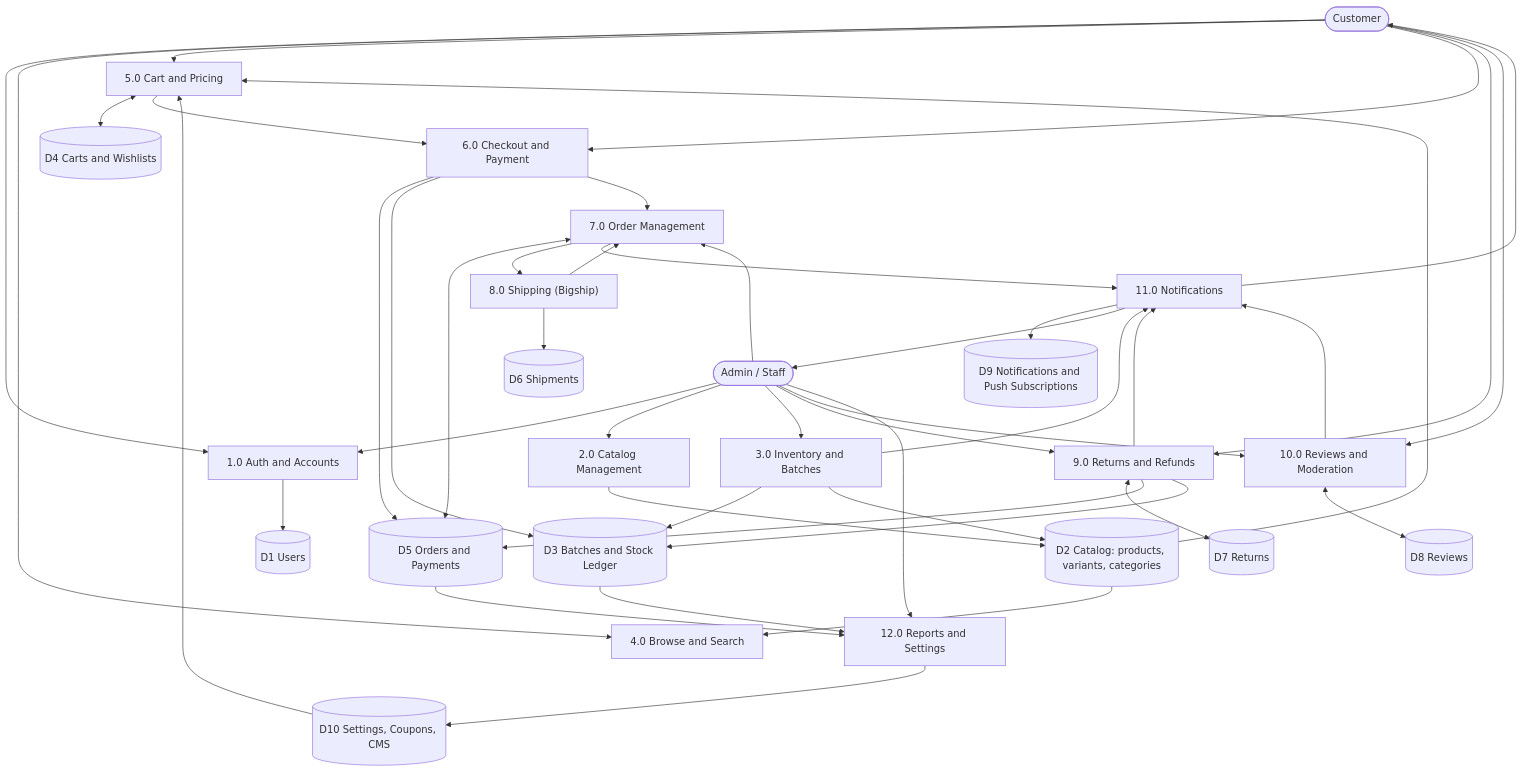
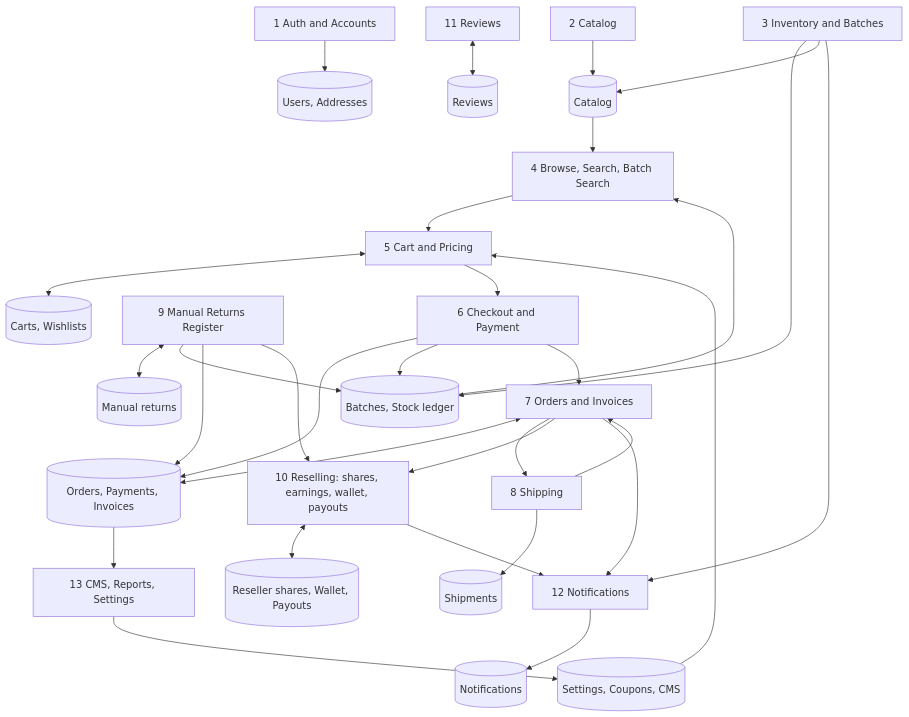
The third of 11 diagrams in docs/PLAN.md (subhrajit455/younora), drawn with Mermaid before and after one commit. The commit also changed other lines of this file and 17 other files, not shown here.

````diff
--- a/docs/PLAN.md
+++ b/docs/PLAN.md
@@ -363,69 +320,58 @@
 ```mermaid
 flowchart TB
-  CUST(["Customer"])
-  ADM(["Admin / Staff"])
+  P1["1 Auth and Accounts"]
+  P2["2 Catalog"]
+  P3["3 Inventory and Batches"]
+  P4["4 Browse, Search, Batch Search"]
+  P5["5 Cart and Pricing"]
+  P6["6 Checkout and Payment"]
+  P7["7 Orders and Invoices"]
+  P8["8 Shipping"]
+  P9["9 Manual Returns Register"]
+  P10["10 Reselling: shares, earnings, wallet, payouts"]
+  P11["11 Reviews"]
+  P12["12 Notifications"]
+  P13["13 CMS, Reports, Settings"]
 
-  P1["1.0 Auth and Accounts"]
-  P2["2.0 Catalog Management"]
-  P3["3.0 Inventory and Batches"]
-  P4["4.0 Browse and Search"]
-  P5["5.0 Cart and Pricing"]
-  P6["6.0 Checkout and Payment"]
-  P7["7.0 Order Management"]
-  P8["8.0 Shipping (Bigship)"]
-  P9["9.0 Returns and Refunds"]
-  P10["10.0 Reviews and Moderation"]
-  P11["11.0 Notifications"]
-  P12["12.0 Reports and Settings"]
+  D1[("Users, Addresses")]
+  D2[("Catalog")]
+  D3[("Batches, Stock ledger")]
+  D4[("Carts, Wishlists")]
+  D5[("Orders, Payments, Invoices")]
+  D6[("Shipments")]
+  D7[("Manual returns")]
+  D8[("Reseller shares, Wallet, Payouts")]
+  D9[("Reviews")]
+  D10[("Notifications")]
+  D11[("Settings, Coupons, CMS")]
 
-  D1[("D1 Users")]
-  D2[("D2 Catalog: products, variants, categories")]
-  D3[("D3 Batches and Stock Ledger")]
-  D4[("D4 Carts and Wishlists")]
-  D5[("D5 Orders and Payments")]
-  D6[("D6 Shipments")]
-  D7[("D7 Returns")]
-  D8[("D8 Reviews")]
-  D9[("D9 Notifications and Push Subscriptions")]
-  D10[("D10 Settings, Coupons, CMS")]
-
-  CUST --> P1 --> D1
-  ADM --> P1
-  ADM --> P2 --> D2
-  ADM --> P3 --> D3
+  P1 --> D1
+  P2 --> D2
+  P3 --> D3
   P3 --> D2
-  CUST --> P4
   D2 --> P4
-  CUST --> P5
+  D3 --> P4
+  P4 --> P5
   P5 <--> D4
-  D2 --> P5
-  D10 --> P5
+  D11 --> P5
   P5 --> P6
-  CUST --> P6
   P6 --> D5
   P6 --> D3
   P6 --> P7
-  ADM --> P7
   P7 <--> D5
   P7 --> P8 --> D6
   P8 --> P7
-  CUST --> P9
-  ADM --> P9
   P9 <--> D7
+  P9 --> D3
   P9 --> D5
-  P9 --> D3
-  CUST --> P10
-  ADM --> P10
+  P9 --> P10
+  P7 --> P10
   P10 <--> D8
-  P7 --> P11
-  P9 --> P11
-  P10 --> P11
-  P3 --> P11
-  P11 --> D9
-  P11 --> CUST
-  P11 --> ADM
-  ADM --> P12
+  P11 <--> D9
+  P7 --> P12
+  P10 --> P12
+  P3 --> P12
   P12 --> D10
-  D5 --> P12
-  D3 --> P12
+  P13 --> D11
+  D5 --> P13
 ```
````
